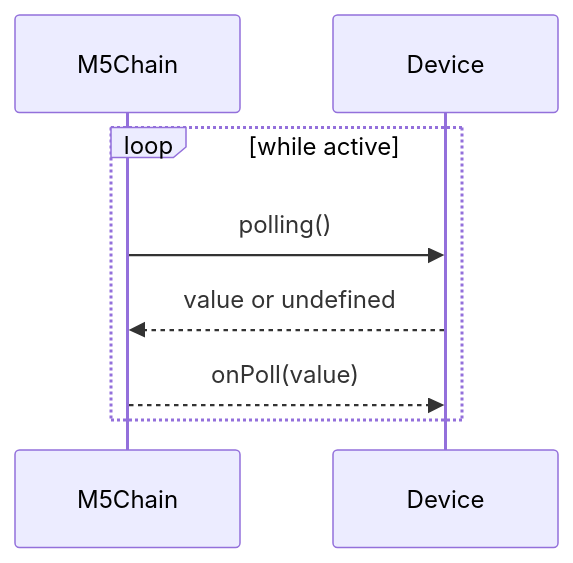
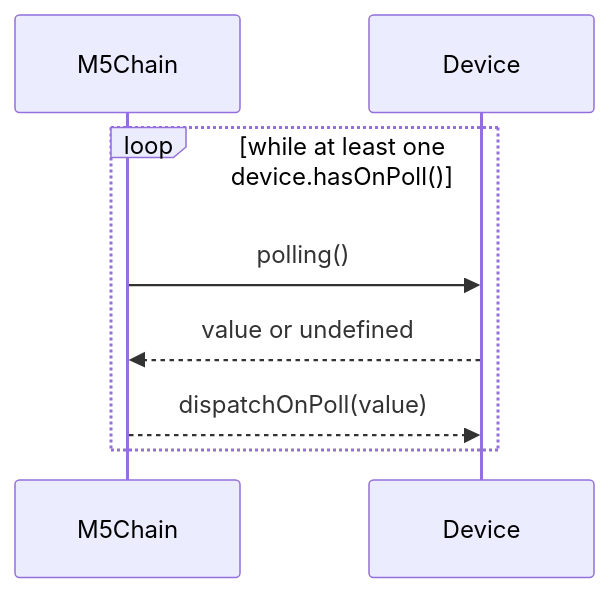
The third of 3 diagrams in AGENTS.md (stc1988/moddable-m5chain), drawn with Mermaid before and after one commit. The commit also changed other lines of this file, not shown here.

````diff
--- a/AGENTS.md
+++ b/AGENTS.md
@@ -124,10 +132,10 @@
 ```mermaid
 sequenceDiagram
   participant M5Chain
   participant Device
-  loop while active
+  loop while at least one device.hasOnPoll()
     M5Chain->>Device: polling()
     Device-->>M5Chain: value or undefined
-    M5Chain-->>Device: onPoll(value)
+    M5Chain-->>Device: dispatchOnPoll(value)
   end
 ```
````
